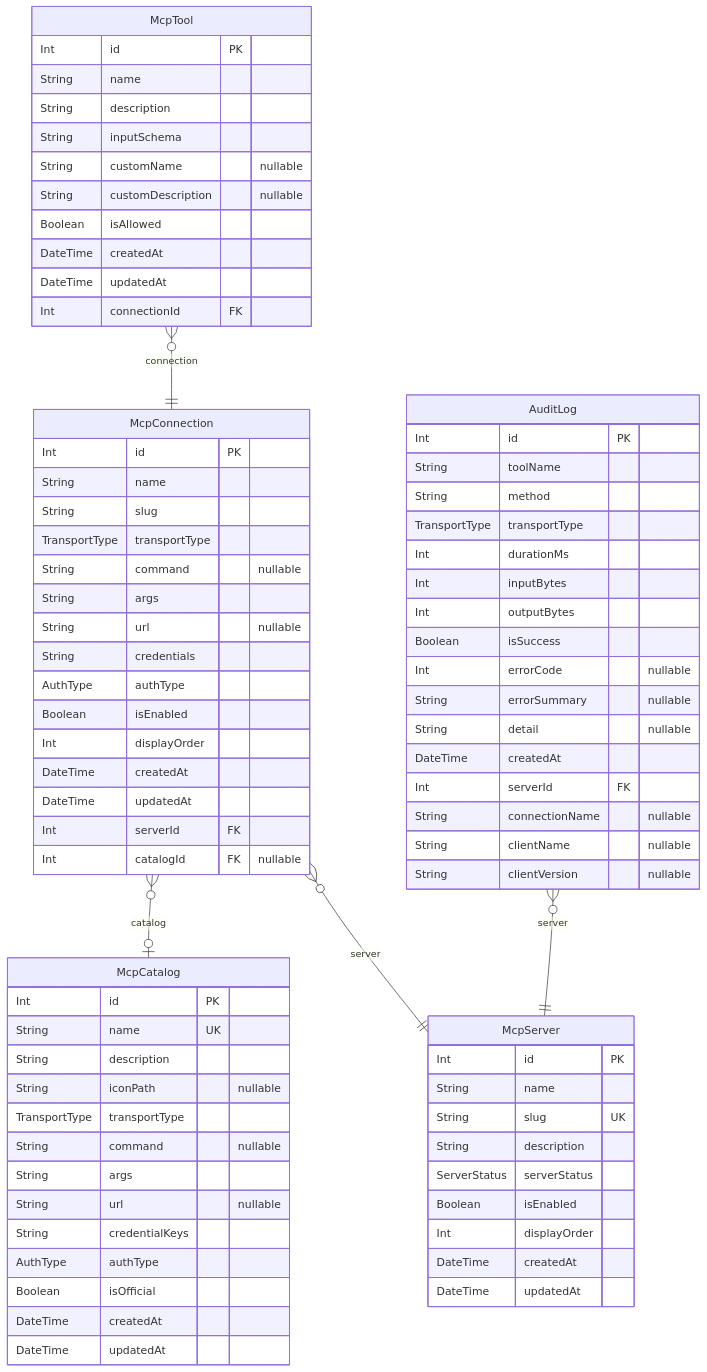
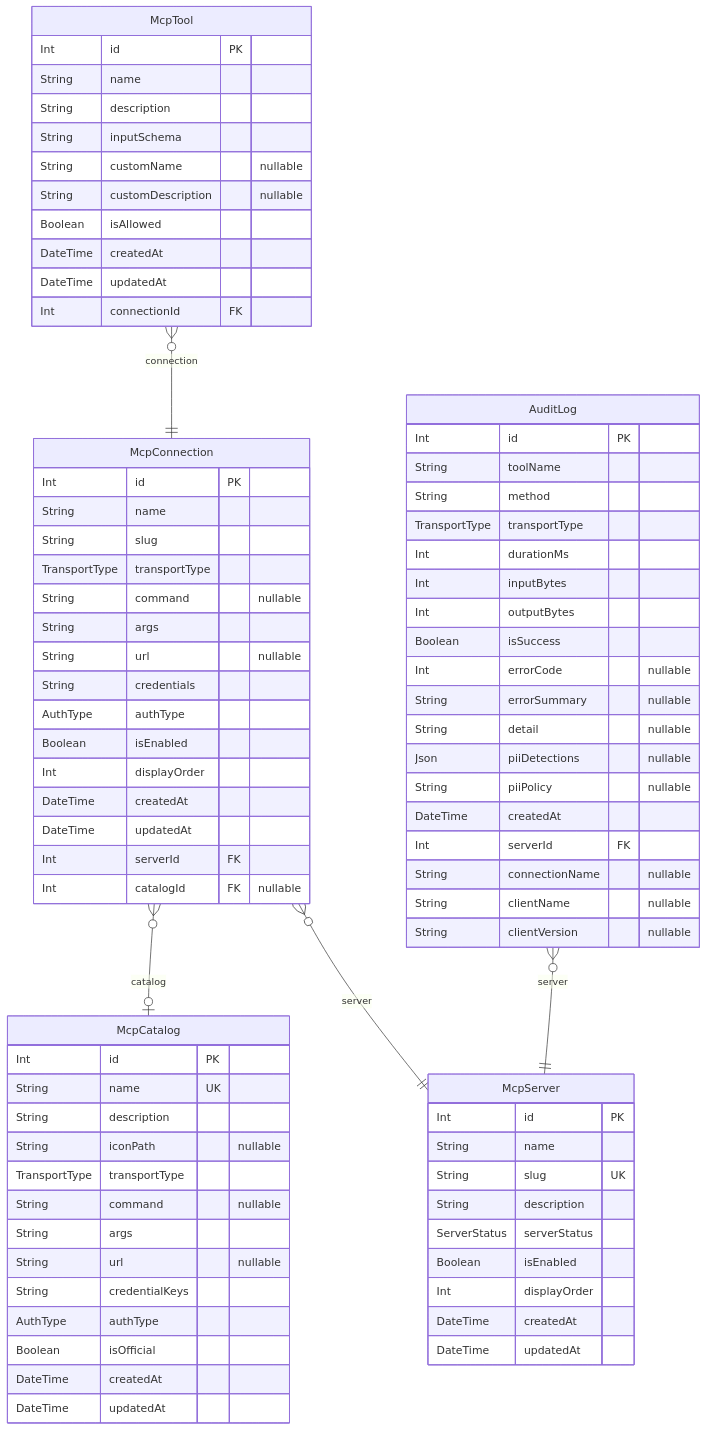
The second of 3 diagrams in apps/desktop/prisma/README.md (rayven122/tumiki), drawn with Mermaid before and after one commit. The commit also changed other lines of this file and 10 other files, not shown here.

````diff
--- a/apps/desktop/prisma/README.md
+++ b/apps/desktop/prisma/README.md
@@ -36,80 +36,82 @@
 ```mermaid
 erDiagram
 "McpCatalog" {
   Int id PK
   String name UK
   String description
   String iconPath "nullable"
   TransportType transportType
   String command "nullable"
   String args
   String url "nullable"
   String credentialKeys
   AuthType authType
   Boolean isOfficial
   DateTime createdAt
   DateTime updatedAt
 }
 "McpConnection" {
   Int id PK
   String name
   String slug
   TransportType transportType
   String command "nullable"
   String args
   String url "nullable"
   String credentials
   AuthType authType
   Boolean isEnabled
   Int displayOrder
   DateTime createdAt
   DateTime updatedAt
   Int serverId FK
   Int catalogId FK "nullable"
 }
 "McpTool" {
   Int id PK
   String name
   String description
   String inputSchema
   String customName "nullable"
   String customDescription "nullable"
   Boolean isAllowed
   DateTime createdAt
   DateTime updatedAt
   Int connectionId FK
 }
 "McpServer" {
   Int id PK
   String name
   String slug UK
   String description
   ServerStatus serverStatus
   Boolean isEnabled
   Int displayOrder
   DateTime createdAt
   DateTime updatedAt
 }
 "AuditLog" {
   Int id PK
   String toolName
   String method
   TransportType transportType
   Int durationMs
   Int inputBytes
   Int outputBytes
   Boolean isSuccess
   Int errorCode "nullable"
   String errorSummary "nullable"
   String detail "nullable"
+  Json piiDetections "nullable"
+  String piiPolicy "nullable"
   DateTime createdAt
   Int serverId FK
   String connectionName "nullable"
   String clientName "nullable"
   String clientVersion "nullable"
 }
 "McpConnection" }o--|| "McpServer" : server
 "McpConnection" }o--o| "McpCatalog" : catalog
 "McpTool" }o--|| "McpConnection" : connection
 "AuditLog" }o--|| "McpServer" : server
 ```
````
